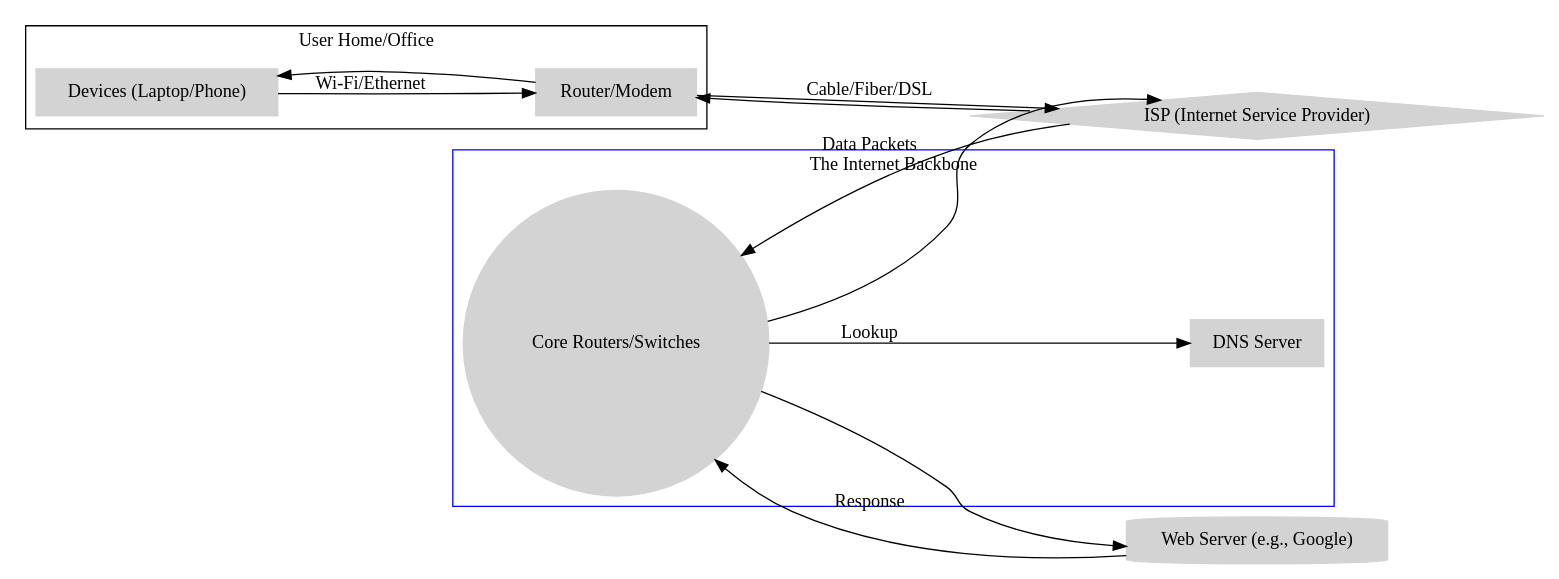
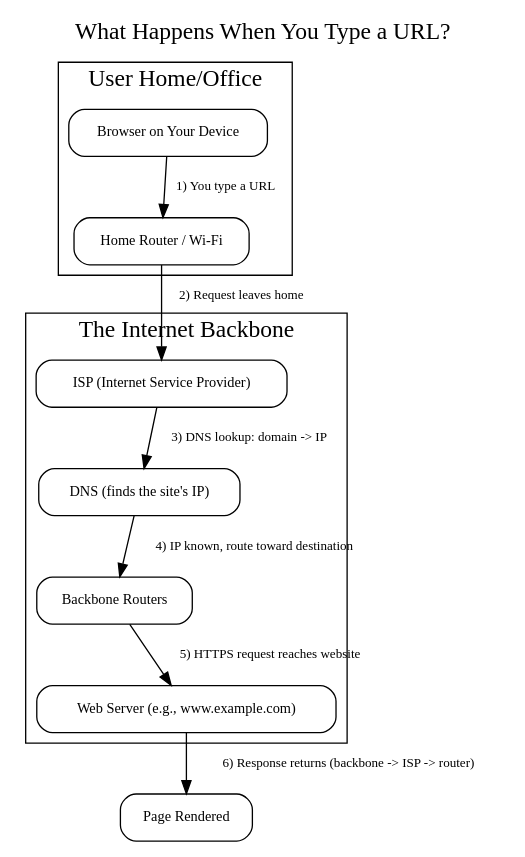
Before and after one commit to scottvr/phart: the diagram in examples/internet.dot, drawn with Graphviz. The commit also changed 4 other files, not shown here.

```diff
--- a/examples/internet.dot
+++ b/examples/internet.dot
@@ -1,37 +1,31 @@
 digraph InternetStructure {
-    rankdir=LR;
-    node [shape=box, style=filled, color=lightgrey];
+    rankdir=TB;
+    graph [label="What Happens When You Type a URL?", labelloc=t, fontsize=18];
+    node [shape=box, style=rounded, fontsize=11];
+    edge [fontsize=10];
 
-    // Client Side
+    // Home side: where the request starts.
     subgraph cluster_home {
         label = "User Home/Office";
-        Client [label="Devices (Laptop/Phone)"];
-        Router [label="Router/Modem"];
-        Client -> Router [label="Wi-Fi/Ethernet"];
+        Client [label="Browser on Your Device"];
+        Router [label="Home Router / Wi-Fi"];
     }
 
-    // Internet Service Provider
-    ISP [label="ISP (Internet Service Provider)", shape=diamond];
-    Router -> ISP [label="Cable/Fiber/DSL"];
-
-    // The Internet Core
+    // Provider + wider internet side.
     subgraph cluster_internet {
         label = "The Internet Backbone";
-        color=blue;
-        Backbone [label="Core Routers/Switches", shape=circle];
-        DNS [label="DNS Server"];
-        Backbone -> DNS [label="Lookup"];
+        ISP [label="ISP (Internet Service Provider)"];
+        DNS [label="DNS (finds the site's IP)"];
+        Backbone [label="Backbone Routers"];
+        Server [label="Web Server (e.g., www.example.com)"];
     }
+    Rendered [label="Page Rendered"];
 
-    ISP -> Backbone [label="Data Packets"];
-
-    // Data Centers/Servers
-    Server [label="Web Server (e.g., Google)", shape=cylinder];
-    Backbone -> Server;
-
-    // Data Flow Direction
-    Server -> Backbone [label="Response"];
-    Backbone -> ISP;
-    ISP -> Router;
-    Router -> Client;
+    // Step-by-step, DAG-style teaching flow.
+    Client -> Router [label="1) You type a URL"];
+    Router -> ISP [label="2) Request leaves home"];
+    ISP -> DNS [label="3) DNS lookup: domain -> IP"];
+    DNS -> Backbone [label="4) IP known, route toward destination"];
+    Backbone -> Server [label="5) HTTPS request reaches website"];
+    Server -> Rendered [label="6) Response returns (backbone -> ISP -> router)"];
 }
```
